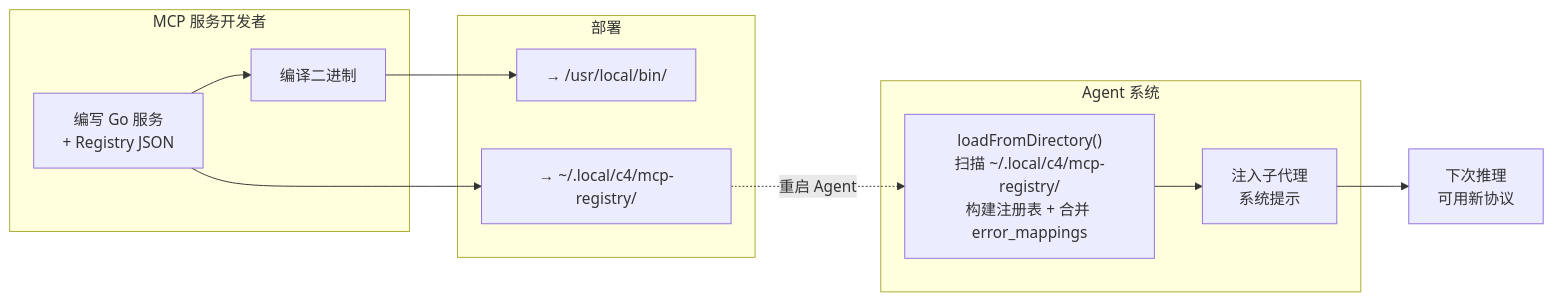
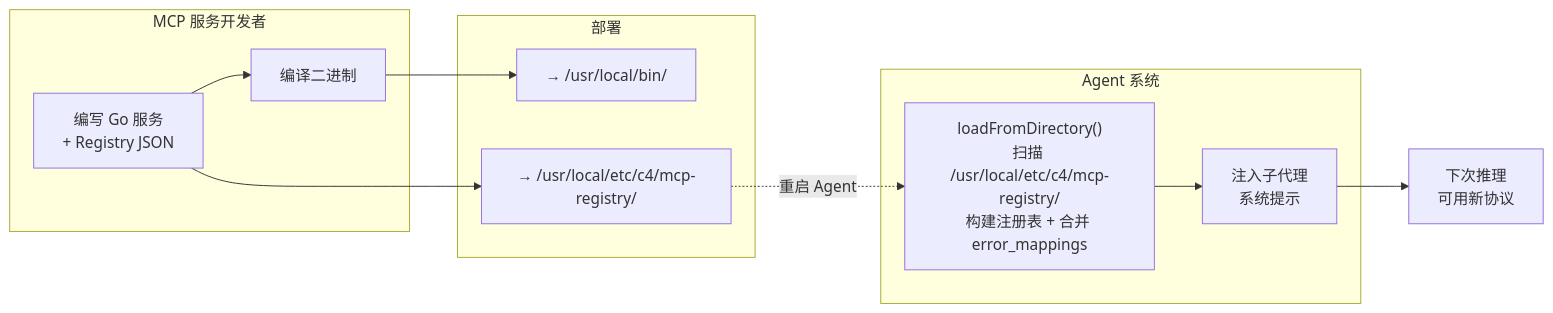
One commit to activesys/c4 changed the third of 4 diagrams in docs/design/agent.md. Above: the diagram before and after it, drawn with Mermaid. The commit also changed other lines of this file and 4 other files, not shown here.

````diff
--- a/docs/design/agent.md
+++ b/docs/design/agent.md
@@ -1319,25 +1319,25 @@
 ```mermaid
 flowchart LR
     subgraph Dev["MCP 服务开发者"]
         Code["编写 Go 服务<br/>+ Registry JSON"]
         Build["编译二进制"]
         Code --> Build
     end
 
     subgraph Deploy["部署"]
         Bin["→ /usr/local/bin/"]
-        Json["→ ~/.local/c4/mcp-registry/"]
+        Json["→ /usr/local/etc/c4/mcp-registry/"]
     end
 
     subgraph Agent["Agent 系统"]
-        Scan["loadFromDirectory()<br/>扫描 ~/.local/c4/mcp-registry/<br/>构建注册表 + 合并 error_mappings"]
+        Scan["loadFromDirectory()<br/>扫描 /usr/local/etc/c4/mcp-registry/<br/>构建注册表 + 合并 error_mappings"]
         Prompt["注入子代理<br/>系统提示"]
         Scan --> Prompt
     end
 
     Build --> Bin
     Code --> Json
 
     Json -.->|"重启 Agent"| Scan
     Prompt --> Work["下次推理<br/>可用新协议"]
 ```
````
